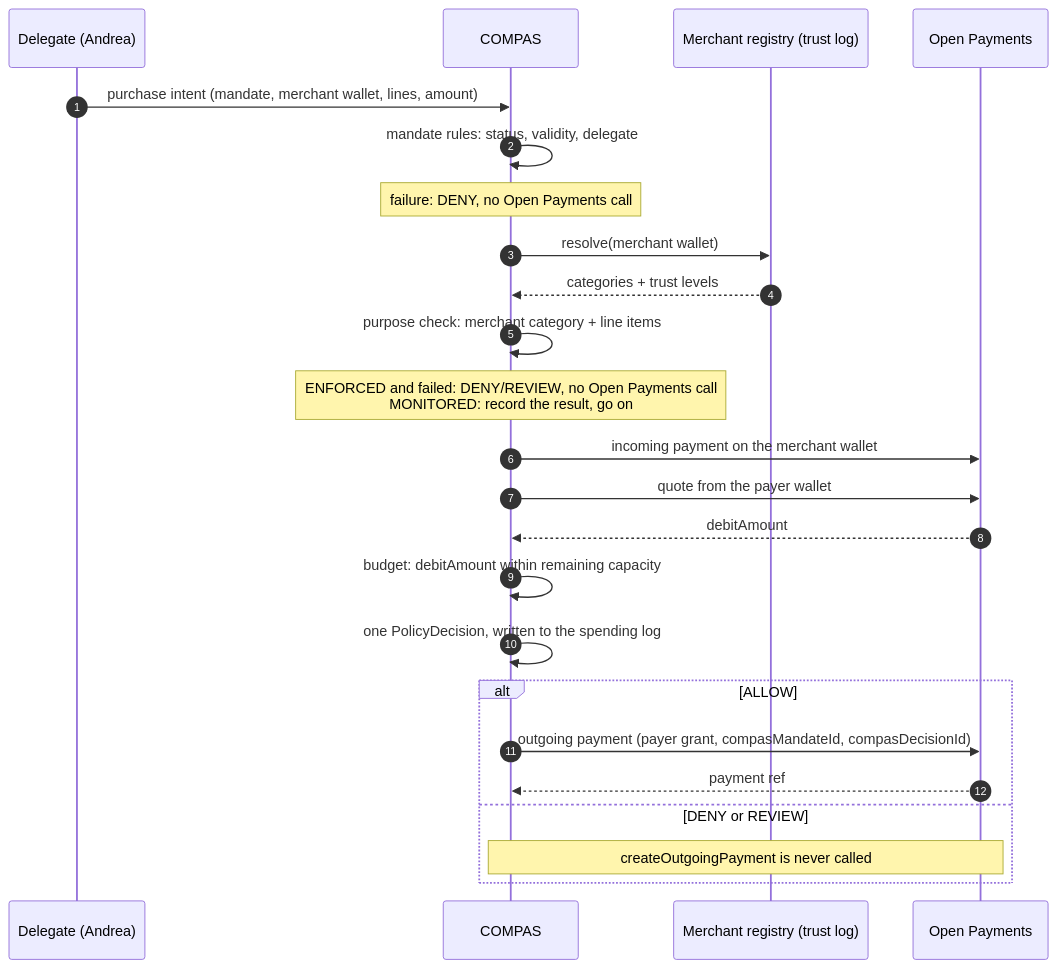
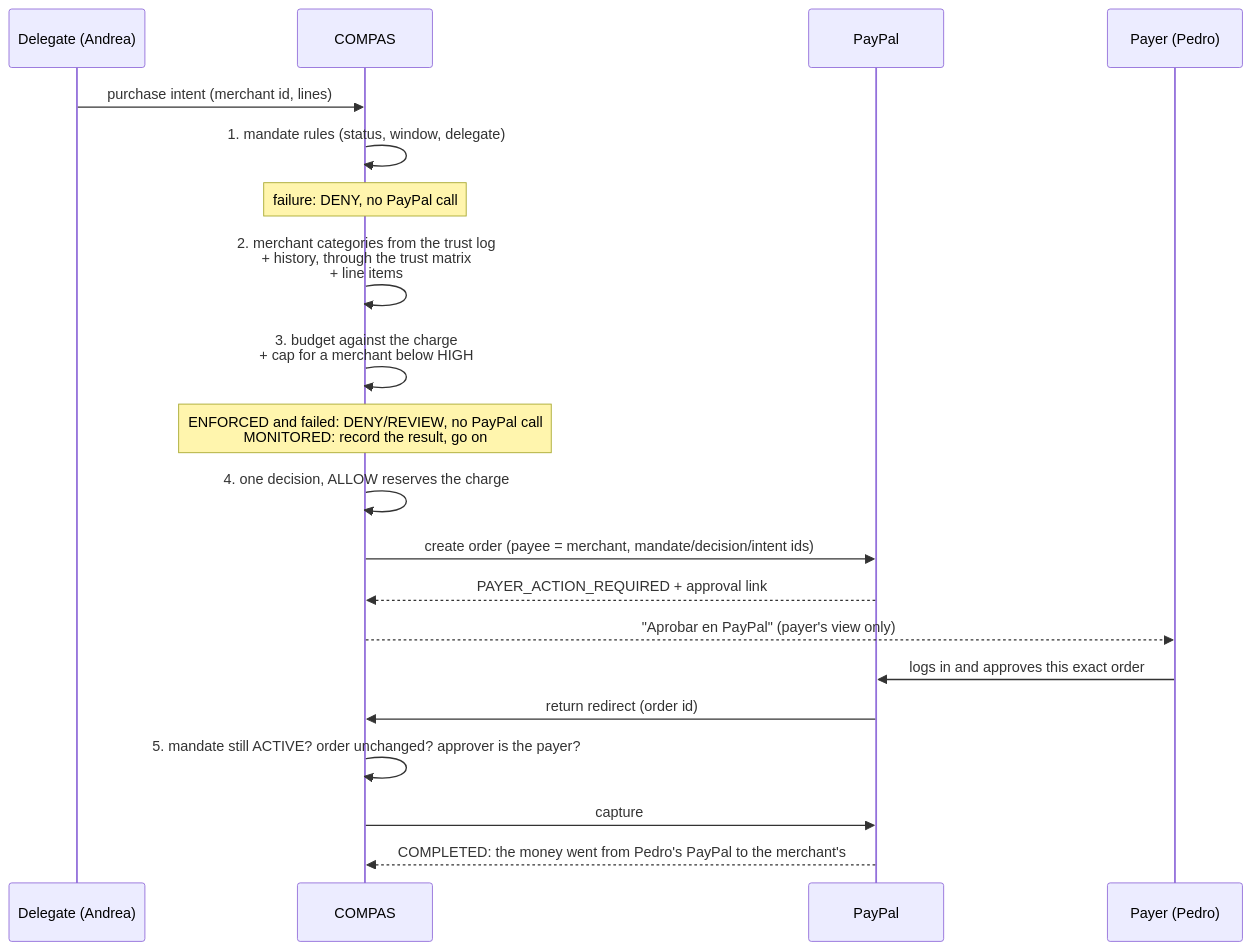
Before and after one commit to Juanqu261/compas-paypal: the diagram in docs/04-paypal-mapping.md, drawn with Mermaid. The commit also changed other lines of this file and 25 other files, not shown here.

````diff
--- a/docs/04-paypal-mapping.md
+++ b/docs/04-paypal-mapping.md
@@ -30,26 +27,22 @@
 ```mermaid
 sequenceDiagram
-  autonumber
   participant D as Delegate (Andrea)
   participant C as COMPAS
-  participant R as Merchant registry (trust log)
-  participant OP as Open Payments
-  D->>C: purchase intent (mandate, merchant wallet, lines, amount)
-  C->>C: mandate rules: status, validity, delegate
-  Note over C: failure: DENY, no Open Payments call
-  C->>R: resolve(merchant wallet)
-  R-->>C: categories + trust levels
-  C->>C: purpose check: merchant category + line items
-  Note over C: ENFORCED and failed: DENY/REVIEW, no Open Payments call<br/>MONITORED: record the result, go on
-  C->>OP: incoming payment on the merchant wallet
-  C->>OP: quote from the payer wallet
-  OP-->>C: debitAmount
-  C->>C: budget: debitAmount within remaining capacity
-  C->>C: one PolicyDecision, written to the spending log
-  alt ALLOW
-    C->>OP: outgoing payment (payer grant, compasMandateId, compasDecisionId)
-    OP-->>C: payment ref
-  else DENY or REVIEW
-    Note over C,OP: createOutgoingPayment is never called
-  end
+  participant PP as PayPal
+  participant P as Payer (Pedro)
+  D->>C: purchase intent (merchant id, lines)
+  C->>C: 1. mandate rules (status, window, delegate)
+  Note over C: failure: DENY, no PayPal call
+  C->>C: 2. merchant categories from the trust log<br/>+ history, through the trust matrix<br/>+ line items
+  C->>C: 3. budget against the charge<br/>+ cap for a merchant below HIGH
+  Note over C: ENFORCED and failed: DENY/REVIEW, no PayPal call<br/>MONITORED: record the result, go on
+  C->>C: 4. one decision, ALLOW reserves the charge
+  C->>PP: create order (payee = merchant, mandate/decision/intent ids)
+  PP-->>C: PAYER_ACTION_REQUIRED + approval link
+  C-->>P: "Aprobar en PayPal" (payer's view only)
+  P->>PP: logs in and approves this exact order
+  PP->>C: return redirect (order id)
+  C->>C: 5. mandate still ACTIVE? order unchanged? approver is the payer?
+  C->>PP: capture
+  PP-->>C: COMPLETED: the money went from Pedro's PayPal to the merchant's
 ```
````
